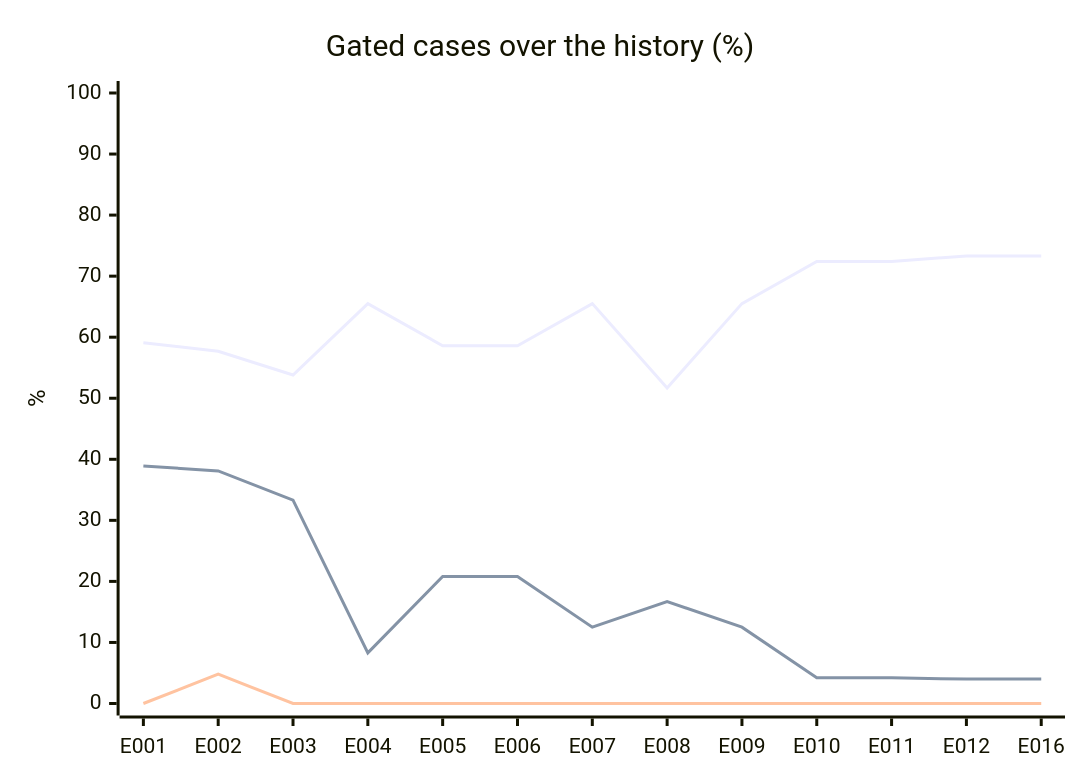
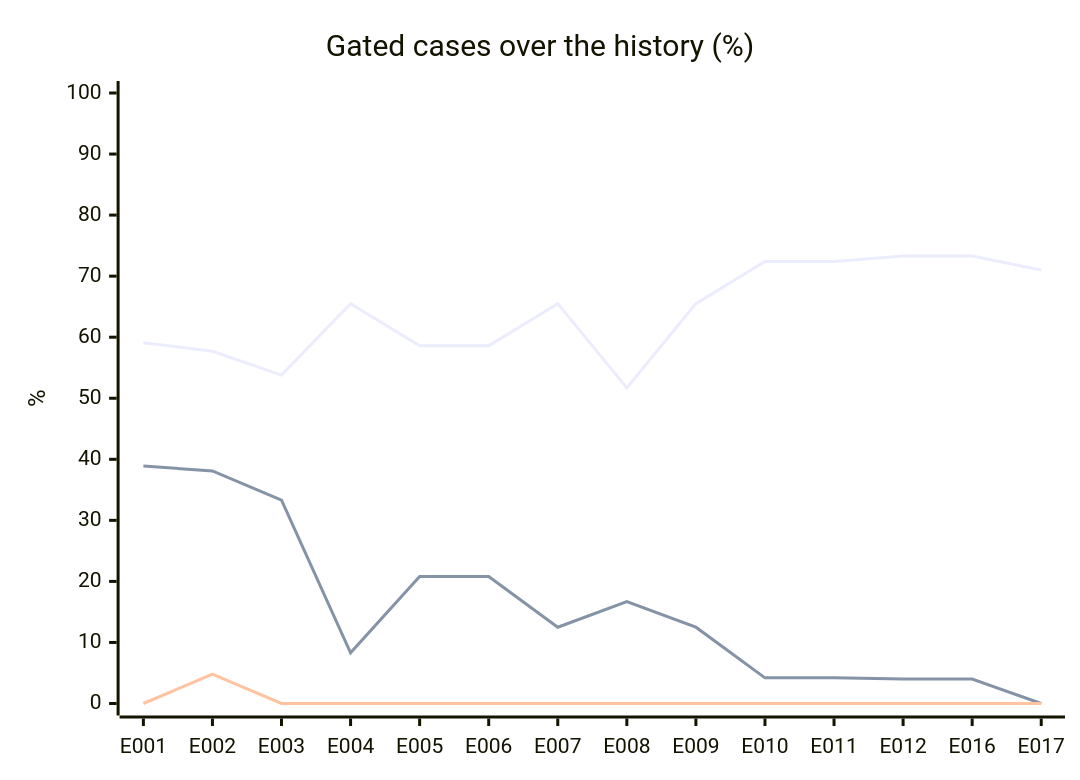
The second of 2 diagrams in evals/report.md (acarbonellb/anti-fraud-agent), drawn with Mermaid before and after one commit. The commit also changed other lines of this file and 154 other files, not shown here.

````diff
--- a/evals/report.md
+++ b/evals/report.md
@@ -134,9 +137,9 @@
 ```mermaid
 xychart-beta
   title "Gated cases over the history (%)"
-  x-axis [E001, E002, E003, E004, E005, E006, E007, E008, E009, E010, E011, E012, E016]
+  x-axis [E001, E002, E003, E004, E005, E006, E007, E008, E009, E010, E011, E012, E016, E017]
   y-axis "%" 0 --> 100
-  line [59.1, 57.7, 53.8, 65.5, 58.6, 58.6, 65.5, 51.7, 65.5, 72.4, 72.4, 73.3, 73.3]
-  line [38.9, 38.1, 33.3, 8.3, 20.8, 20.8, 12.5, 16.7, 12.5, 4.2, 4.2, 4, 4]
-  line [0, 4.8, 0, 0, 0, 0, 0, 0, 0, 0, 0, 0, 0]
+  line [59.1, 57.7, 53.8, 65.5, 58.6, 58.6, 65.5, 51.7, 65.5, 72.4, 72.4, 73.3, 73.3, 71]
+  line [38.9, 38.1, 33.3, 8.3, 20.8, 20.8, 12.5, 16.7, 12.5, 4.2, 4.2, 4, 4, 0]
+  line [0, 4.8, 0, 0, 0, 0, 0, 0, 0, 0, 0, 0, 0, 0]
 ```
````
